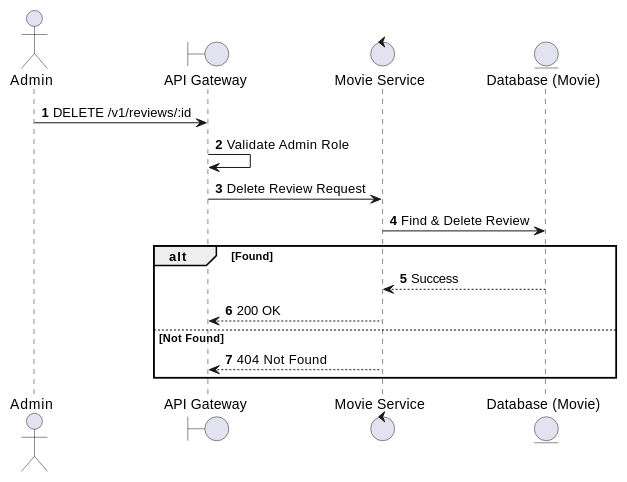
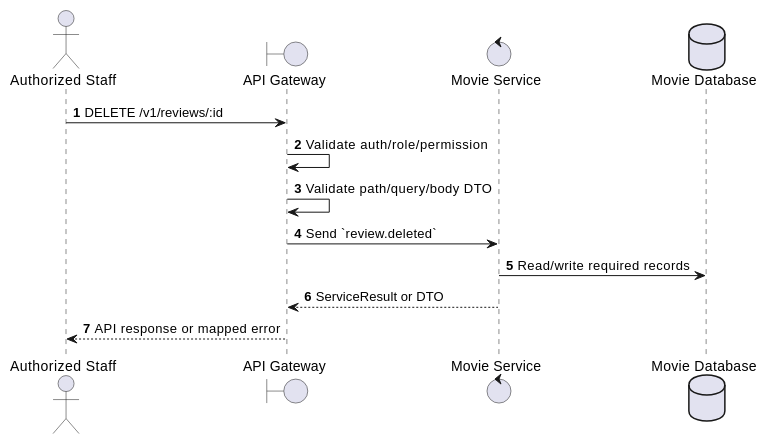
The first of 2 diagrams in docs/functional_specs/3.3.4_Movie_Reviews/RV-05_Delete_Review.md (Tanh1603/movie-hub-architecture), drawn with PlantUML before and after one commit. The commit also changed other lines of this file and 126 other files, not shown here.

````diff
--- a/docs/functional_specs/3.3.4_Movie_Reviews/RV-05_Delete_Review.md
+++ b/docs/functional_specs/3.3.4_Movie_Reviews/RV-05_Delete_Review.md
@@ -17,20 +17,17 @@
 ```plantuml
 @startuml
 autonumber
-actor Admin
+actor "Authorized Staff" as Actor
 boundary "API Gateway" as GW
-control "Movie Service" as MS
-entity "Database (Movie)" as DB
+control "Movie Service" as SVC
+database "Movie Database" as DB
 
-Admin -> GW: DELETE /v1/reviews/:id
-GW -> GW: Validate Admin Role
-GW -> MS: Delete Review Request
-MS -> DB: Find & Delete Review
-alt Found
-    DB --> MS: Success
-    MS --> GW: 200 OK
-else Not Found
-    MS --> GW: 404 Not Found
-end
+Actor -> GW: DELETE /v1/reviews/:id
+GW -> GW: Validate auth/role/permission
+GW -> GW: Validate path/query/body DTO
+GW -> SVC: Send `review.deleted`
+SVC -> DB: Read/write required records
+SVC --> GW: ServiceResult or DTO
+GW --> Actor: API response or mapped error
 @enduml
 ```
````
